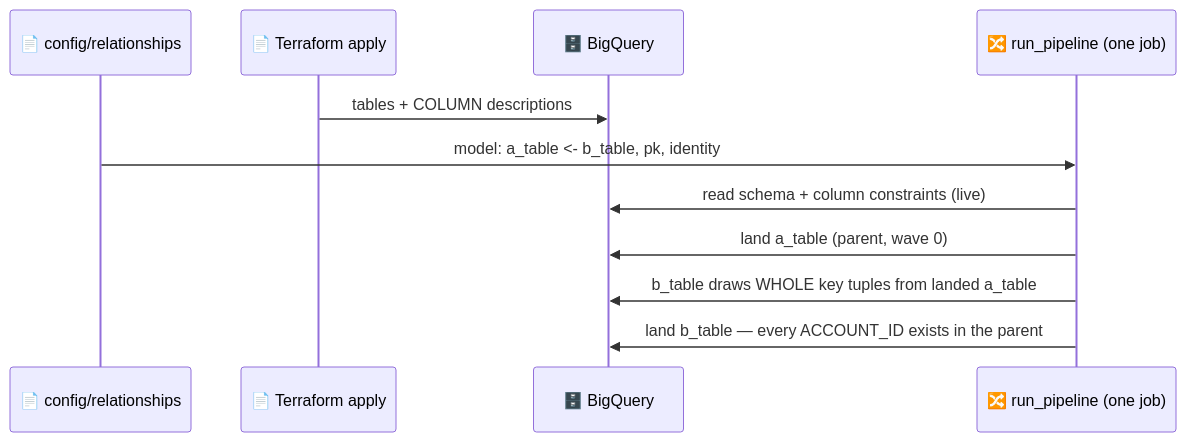
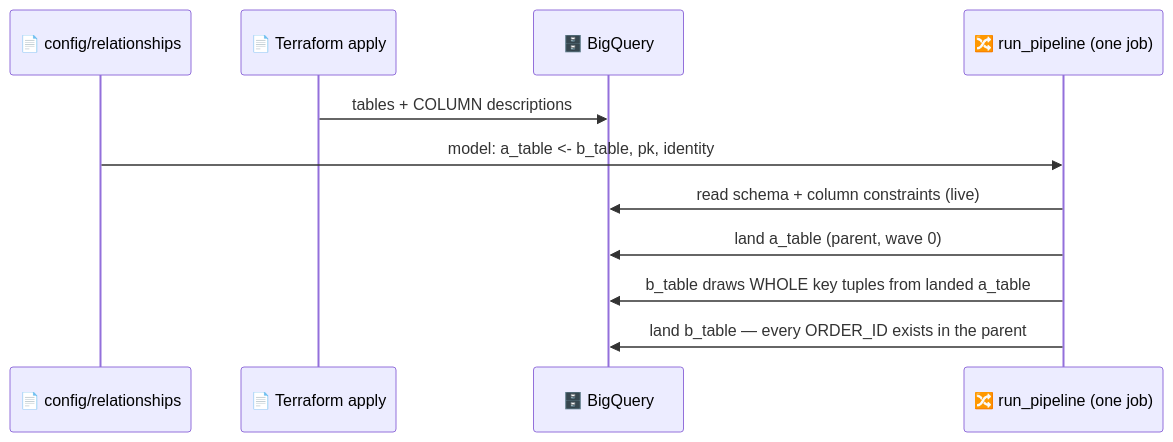
One commit to albertols/synthetic-llm-dataflow-bigquery changed the second of 2 diagrams in docs/DDL_CONTRACT_GUIDE.md. Above: the diagram before and after it, drawn with Mermaid. The commit also changed other lines of this file and 91 other files, not shown here.

````diff
--- a/docs/DDL_CONTRACT_GUIDE.md
+++ b/docs/DDL_CONTRACT_GUIDE.md
@@ -363,14 +363,14 @@
 ```mermaid
 sequenceDiagram
     participant REL as 📄 config/relationships
     participant TF as 📄 Terraform apply
     participant BQ as 🗄️ BigQuery
     participant P as 🔀 run_pipeline (one job)
 
     TF->>BQ: tables + COLUMN descriptions
     REL->>P: model: a_table <- b_table, pk, identity
     P->>BQ: read schema + column constraints (live)
     P->>BQ: land a_table (parent, wave 0)
     P->>BQ: b_table draws WHOLE key tuples from landed a_table
-    P->>BQ: land b_table — every ACCOUNT_ID exists in the parent
+    P->>BQ: land b_table — every ORDER_ID exists in the parent
 ```
````
